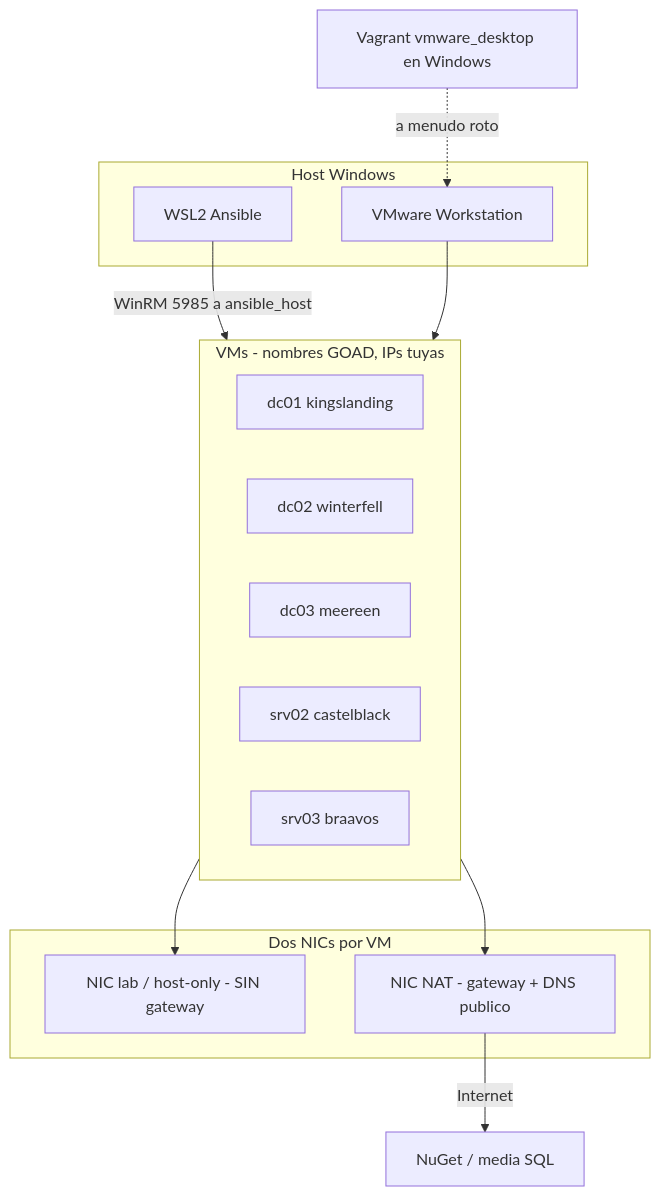
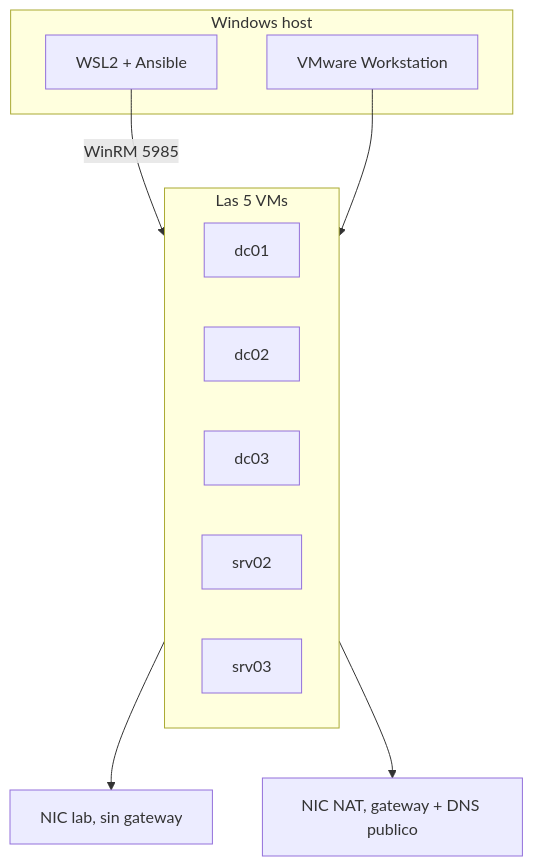
Before and after one commit to Josue-Quiroa/goad-wsl-vmware: the first of 2 diagrams in README.md, drawn with Mermaid. The commit also changed other lines of this file and 1 other file, not shown here.

````diff
--- a/README.md
+++ b/README.md
@@ -48,29 +32,20 @@
 ```mermaid
 flowchart TB
-  subgraph HOST["Host Windows"]
+  subgraph HOST["Windows host"]
     VMW[VMware Workstation]
-    WSL[WSL2 Ansible]
+    WSL[WSL2 + Ansible]
   end
 
-  subgraph LAB["VMs - nombres GOAD, IPs tuyas"]
-    DC01[dc01 kingslanding]
-    DC02[dc02 winterfell]
-    DC03[dc03 meereen]
-    SRV02[srv02 castelblack]
-    SRV03[srv03 braavos]
+  subgraph LAB["Las 5 VMs"]
+    DC01[dc01]
+    DC02[dc02]
+    DC03[dc03]
+    SRV02[srv02]
+    SRV03[srv03]
   end
 
-  subgraph NET["Dos NICs por VM"]
-    A[NIC lab / host-only - SIN gateway]
-    B[NIC NAT - gateway + DNS publico]
-  end
-
-  WSL -->|WinRM 5985 a ansible_host| LAB
+  WSL -->|WinRM 5985| LAB
   VMW --> LAB
-  LAB --> A
-  LAB --> B
-  B -->|Internet| EXT[NuGet / media SQL]
-
-  X[Vagrant vmware_desktop en Windows]
-  X -.->|a menudo roto| VMW
+  LAB --> A[NIC lab, sin gateway]
+  LAB --> B[NIC NAT, gateway + DNS publico]
 ```
````
